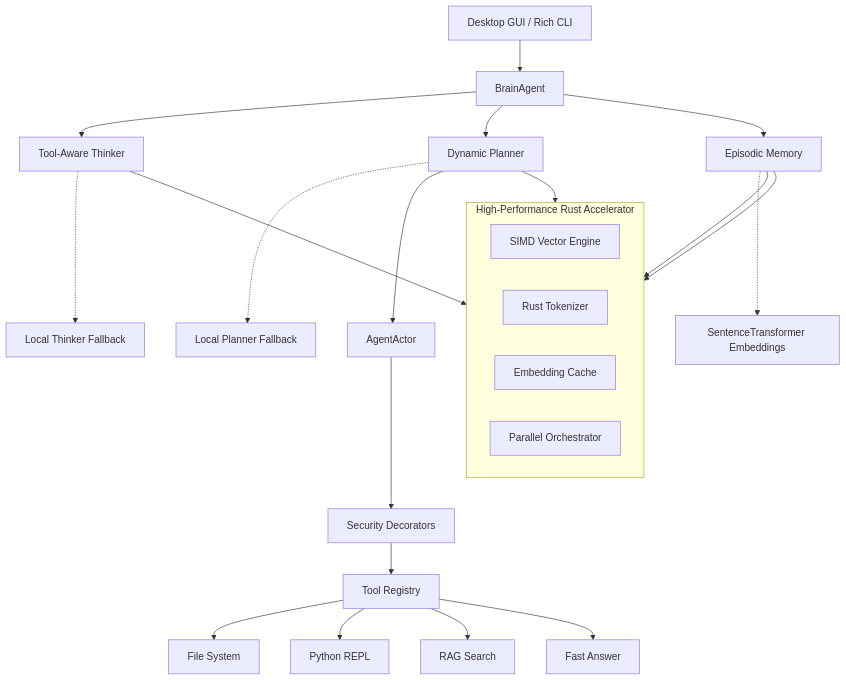
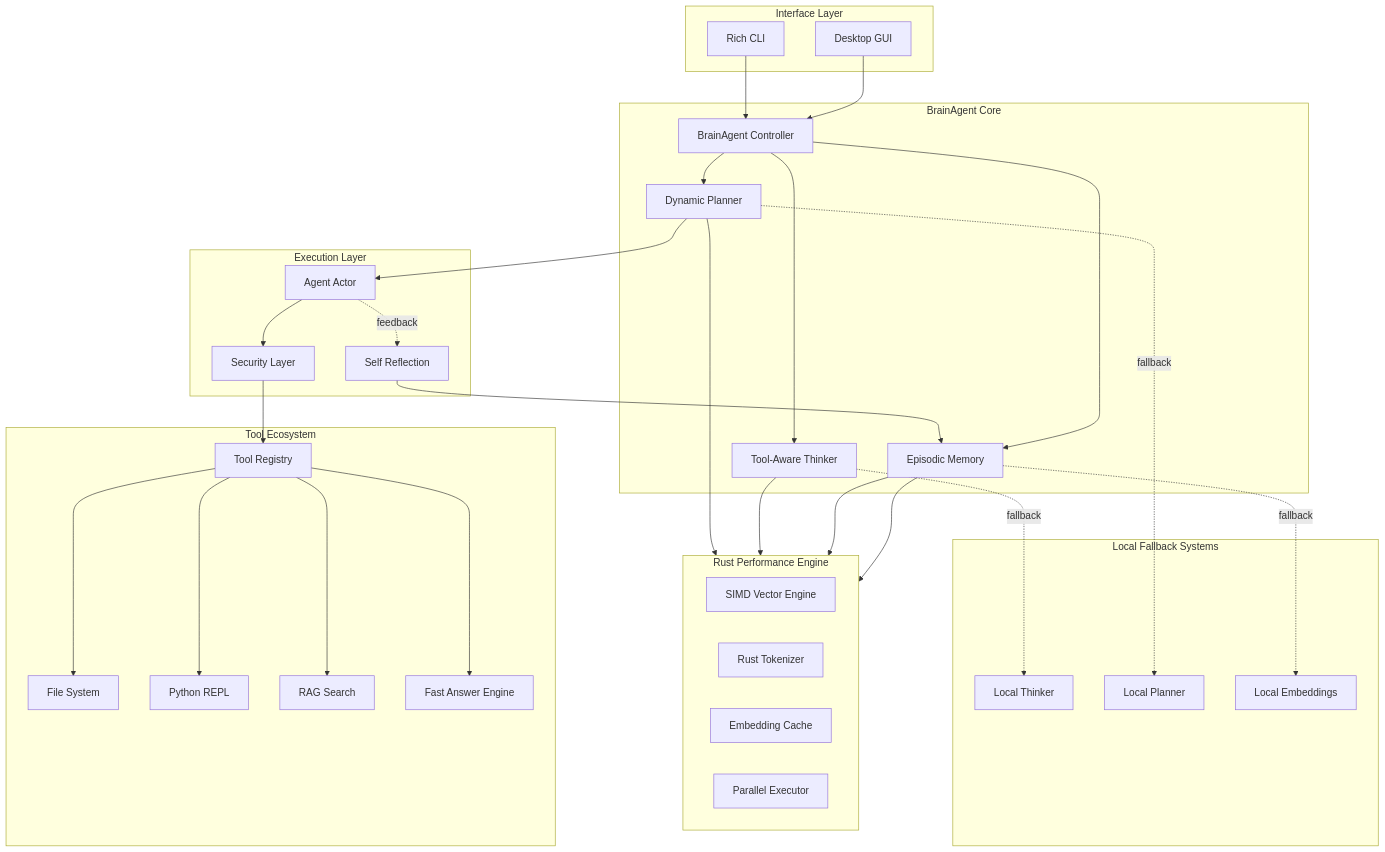
The diagram in README.md (blackeagle686/MyAgent), drawn with Mermaid before and after one commit. The commit also changed other lines of this file and 61 other files, not shown here.

Commit message:
big updates -> add reflector & data anlysis tools >> fix python_empl tool 😋

````diff
--- a/README.md
+++ b/README.md
@@ -50,34 +51,76 @@
 ```mermaid
 graph TD
-    UI[Desktop GUI / Rich CLI] --> Agent[BrainAgent]
-    Agent --> Thinker[Tool-Aware Thinker]
-    Agent --> Planner[Dynamic Planner]
-    Agent --> Memory[Episodic Memory]
-    
-    Thinker -.-> LocalThink[Local Thinker Fallback]
-    Planner -.-> LocalPlan[Local Planner Fallback]
-    Memory -.-> LocalEmbed[SentenceTransformer Embeddings]
+    %% Interface Layer
+    subgraph Interface [Interface Layer]
+        UI[Desktop GUI]
+        CLI[Rich CLI]
+    end
 
-    %% Rust Accelerator Layer
-    subgraph RustEngine [High-Performance Rust Accelerator]
+    %% Core Agent
+    subgraph Core [BrainAgent Core]
+        Agent[BrainAgent Controller]
+        Thinker[Tool-Aware Thinker]
+        Planner[Dynamic Planner]
+        Memory[Episodic Memory]
+    end
+
+    UI --> Agent
+    CLI --> Agent
+
+    Agent --> Thinker
+    Agent --> Planner
+    Agent --> Memory
+
+    %% Fallback Systems
+    subgraph Fallback [Local Fallback Systems]
+        LocalThink[Local Thinker]
+        LocalPlan[Local Planner]
+        LocalEmbed[Local Embeddings]
+    end
+
+    Thinker -. fallback .-> LocalThink
+    Planner -. fallback .-> LocalPlan
+    Memory -. fallback .-> LocalEmbed
+
+    %% Rust Engine
+    subgraph Rust [Rust Performance Engine]
         direction LR
         Vec[SIMD Vector Engine]
         Tok[Rust Tokenizer]
         Cache[Embedding Cache]
-        Orch[Parallel Orchestrator]
+        Orch[Parallel Executor]
     end
 
     Memory --> Vec
     Memory --> Cache
     Thinker --> Tok
     Planner --> Orch
-    
-    Planner --> Actor[AgentActor]
-    Actor --> Security[Security Decorators]
-    Security --> Tools[Tool Registry]
-    
-    Tools --> FST[File System]
-    Tools --> REPL[Python REPL]
-    Tools --> SRCH[RAG Search]
-    Tools --> FAST[Fast Answer]
+
+    %% Execution Layer
+    subgraph Execution [Execution Layer]
+        Actor[Agent Actor]
+        Security[Security Layer]
+        Reflector[Self Reflection]
+    end
+
+    Planner --> Actor
+    Actor --> Security
+    Actor -. feedback .-> Reflector
+    Reflector --> Memory
+
+    %% Tools
+    subgraph ToolsLayer [Tool Ecosystem]
+        Tools[Tool Registry]
+        FST[File System]
+        REPL[Python REPL]
+        SRCH[RAG Search]
+        FAST[Fast Answer Engine]
+    end
+
+    Security --> Tools
+
+    Tools --> FST
+    Tools --> REPL
+    Tools --> SRCH
+    Tools --> FAST
 ```
````
